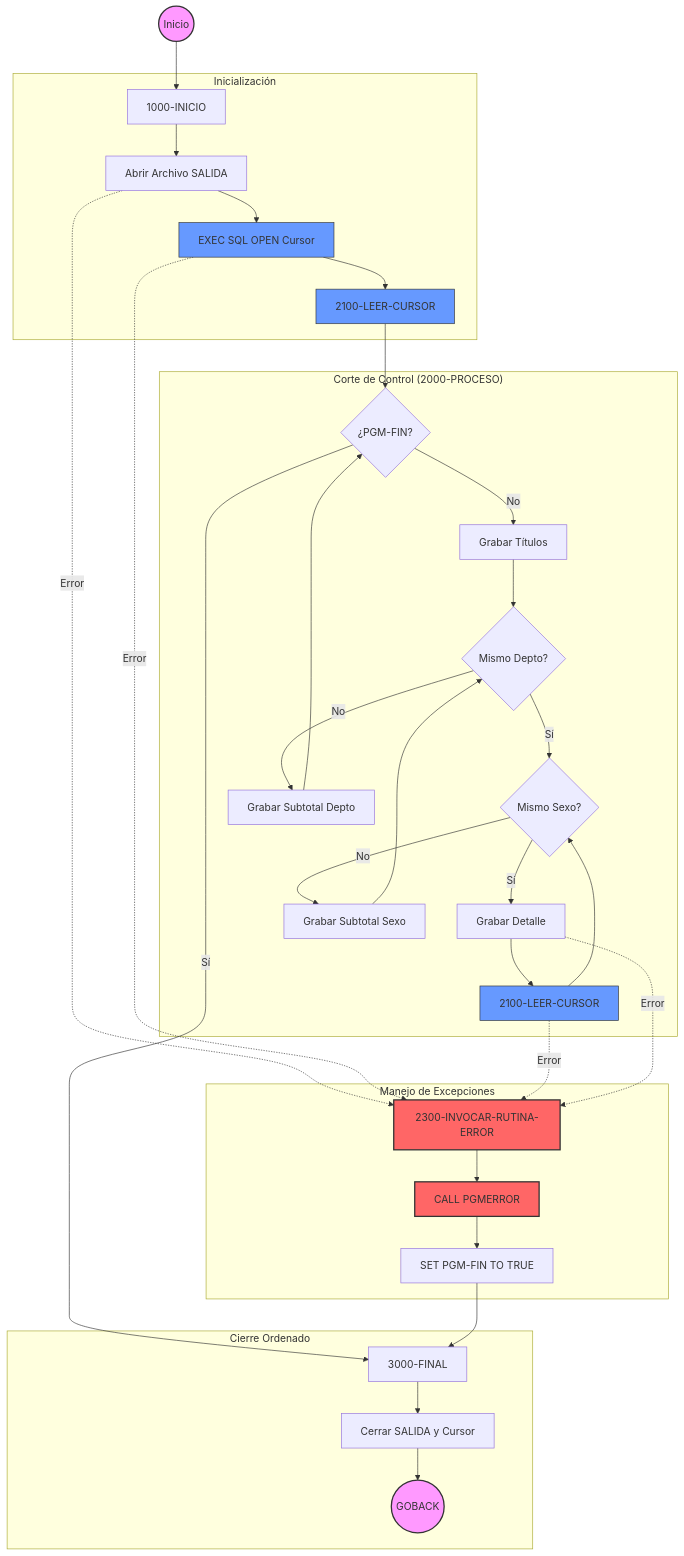
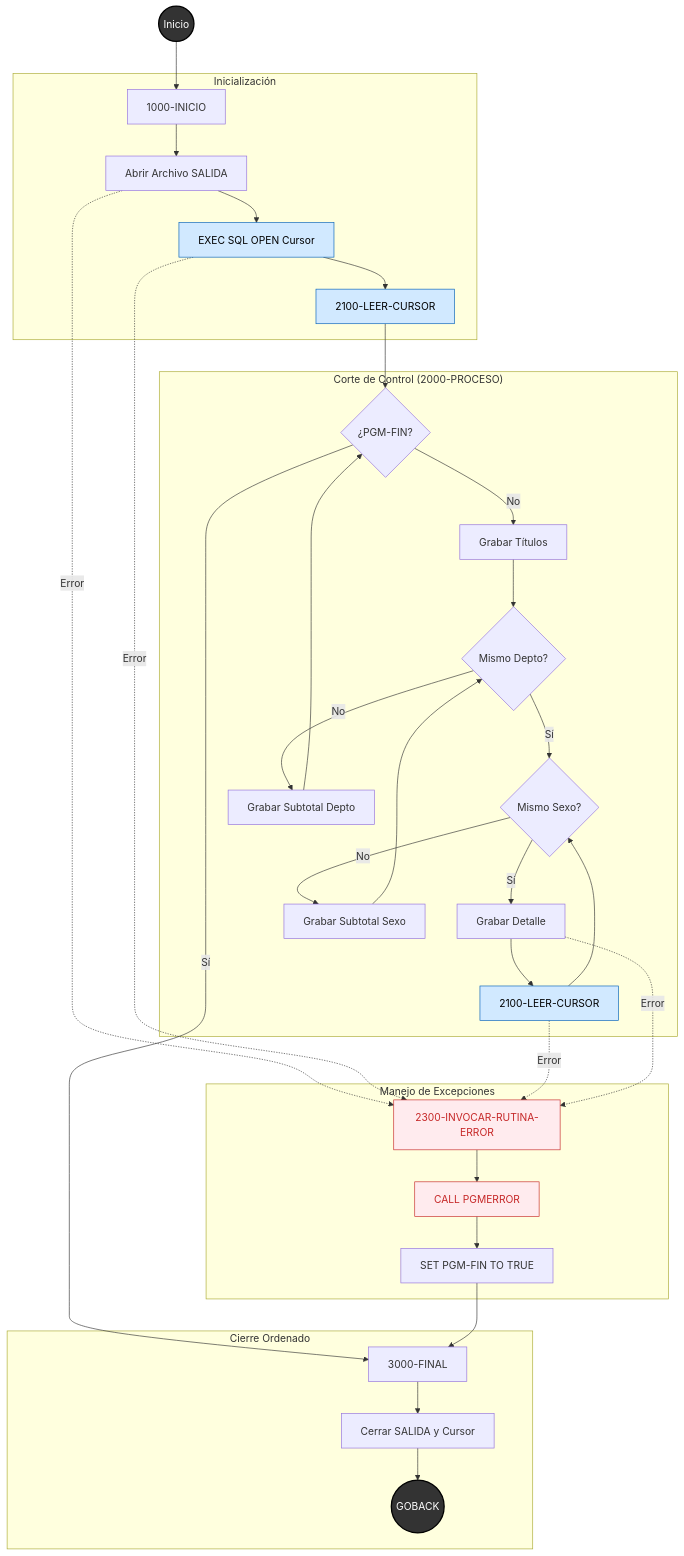
One commit to Develmdq/RPTCLI01-Doble-Corte-DB2 changed the diagram in README.md. Above: the diagram before and after it, drawn with Mermaid. The commit also changed other lines of this file, not shown here.

````diff
--- a/README.md
+++ b/README.md
@@ -29,57 +30,57 @@
 ```mermaid
 graph TD
-    %% Definición de Estilos
-    classDef inicio_fin fill:#f9f,stroke:#333,stroke-width:2px;
-    classDef proceso fill:#fff,stroke:#333,stroke-width:1px;
-    classDef error fill:#f66,stroke:#333,stroke-width:2px;
-    classDef db2 fill:#69f,stroke:#333,stroke-width:1px;
+   %% Configuración de Colores Profesionales
+    classDef inicio_fin fill:#333,stroke:#000,color:#fff,stroke-width:2px;
+    classDef proceso fill:#f4f4f4,stroke:#666,color:#000;
+    classDef db2 fill:#d1e9ff,stroke:#005fb8,color:#000;
+    classDef error fill:#ffebee,stroke:#c62828,color:#c62828
 
     Start((Inicio)) --> Init[1000-INICIO]
     
     subgraph "Inicialización"
         Init --> OpenFile[Abrir Archivo SALIDA]
         OpenFile --> OpenCursor[EXEC SQL OPEN Cursor]
         OpenCursor --> FirstRead[2100-LEER-CURSOR]
     end
 
     FirstRead --> Loop{¿PGM-FIN?}
     
     subgraph "Corte de Control (2000-PROCESO)"
         Loop -- No --> Title[Grabar Títulos]
         Title --> DeptLoop{Mismo Depto?}
         DeptLoop -- Sí --> SexLoop{Mismo Sexo?}
         SexLoop -- Sí --> Detail[Grabar Detalle]
         Detail --> NextRead[2100-LEER-CURSOR]
         NextRead --> SexLoop
         
         SexLoop -- No --> SubSex[Grabar Subtotal Sexo]
         SubSex --> DeptLoop
         
         DeptLoop -- No --> SubDept[Grabar Subtotal Depto]
         SubDept --> Loop
     end
 
     Loop -- Sí --> Final[3000-FINAL]
     
     subgraph "Cierre Ordenado"
         Final --> CloseAll[Cerrar SALIDA y Cursor]
         CloseAll --> Stop((GOBACK))
     end
 
     %% Flujo de Errores
     OpenFile -. Error .-> ErrRoutine
     OpenCursor -. Error .-> ErrRoutine
     NextRead -. Error .-> ErrRoutine
     Detail -. Error .-> ErrRoutine
 
     subgraph "Manejo de Excepciones"
         ErrRoutine[2300-INVOCAR-RUTINA-ERROR] --> CallErr[CALL PGMERROR]
         CallErr --> SetFin[SET PGM-FIN TO TRUE]
         SetFin --> Final
     end
 
     %% Asignación de estilos
     class Start,Stop inicio_fin;
     class ErrRoutine,CallErr error;
     class OpenCursor,NextRead,FirstRead db2;
 ```   
````
